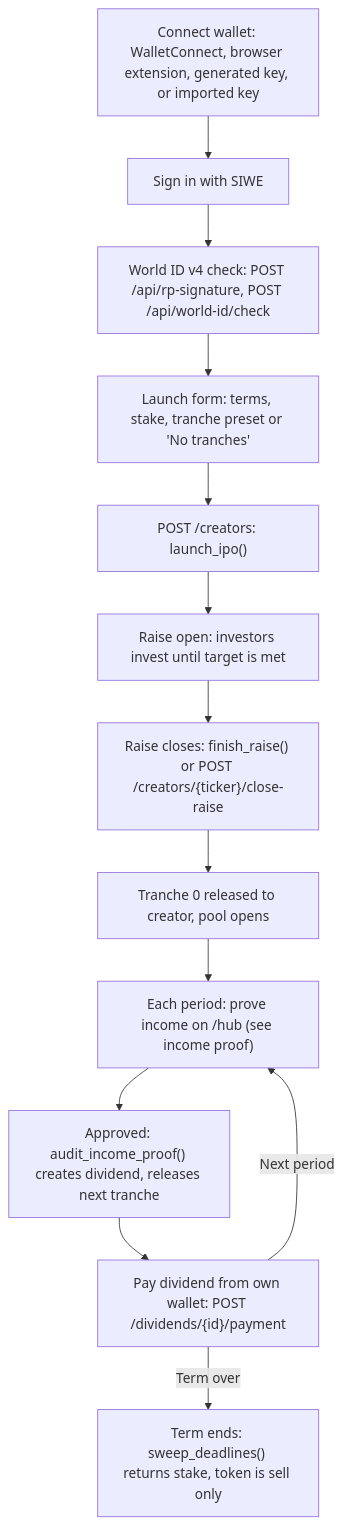
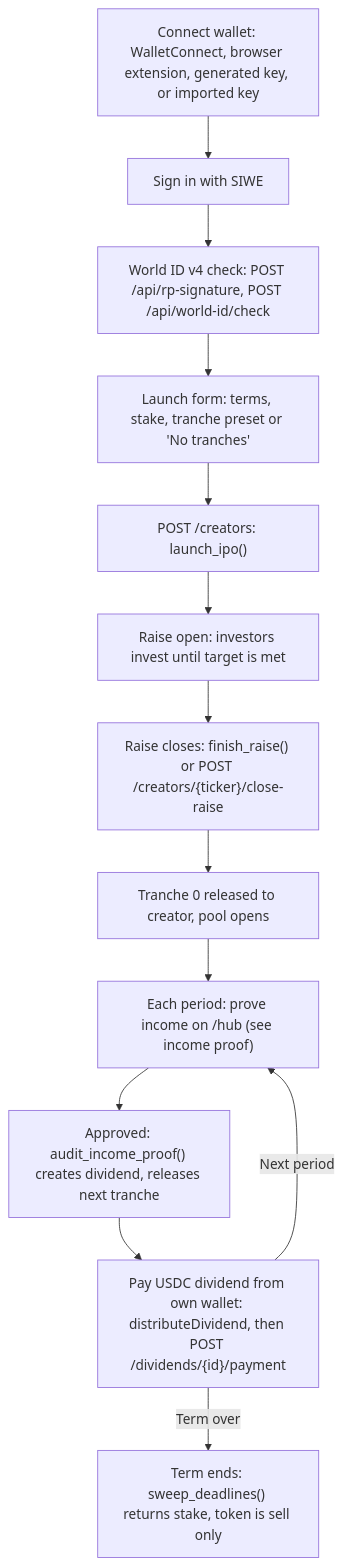
The first of 6 diagrams in docs/user-flows.md (predatorx7/stakeme-ex), drawn with Mermaid before and after one commit. The commit also changed other lines of this file and 14 other files, not shown here.

Commit message:
Update docs for USDC dividend claims, low-month approvals and the stake rule

````diff
--- a/docs/user-flows.md
+++ b/docs/user-flows.md
@@ -21,19 +21,19 @@
 ```mermaid
 flowchart TD
 	wallet["Connect wallet: WalletConnect, browser extension, generated key, or imported key"]
 	siwe["Sign in with SIWE"]
 	world["World ID v4 check: POST /api/rp-signature, POST /api/world-id/check"]
 	launch["Launch form: terms, stake, tranche preset or 'No tranches'"]
 	ipo["POST /creators: launch_ipo()"]
 	raise["Raise open: investors invest until target is met"]
 	close["Raise closes: finish_raise() or POST /creators/{ticker}/close-raise"]
 	t0["Tranche 0 released to creator, pool opens"]
 	proof["Each period: prove income on /hub (see income proof)"]
 	approved["Approved: audit_income_proof() creates dividend, releases next tranche"]
-	pay["Pay dividend from own wallet: POST /dividends/{id}/payment"]
+	pay["Pay USDC dividend from own wallet: distributeDividend, then POST /dividends/{id}/payment"]
 	term["Term ends: sweep_deadlines() returns stake, token is sell only"]
 
 	wallet --> siwe --> world --> launch --> ipo --> raise --> close --> t0 --> proof --> approved --> pay
 	pay -->|"Next period"| proof
 	pay -->|"Term over"| term
 ```
````
